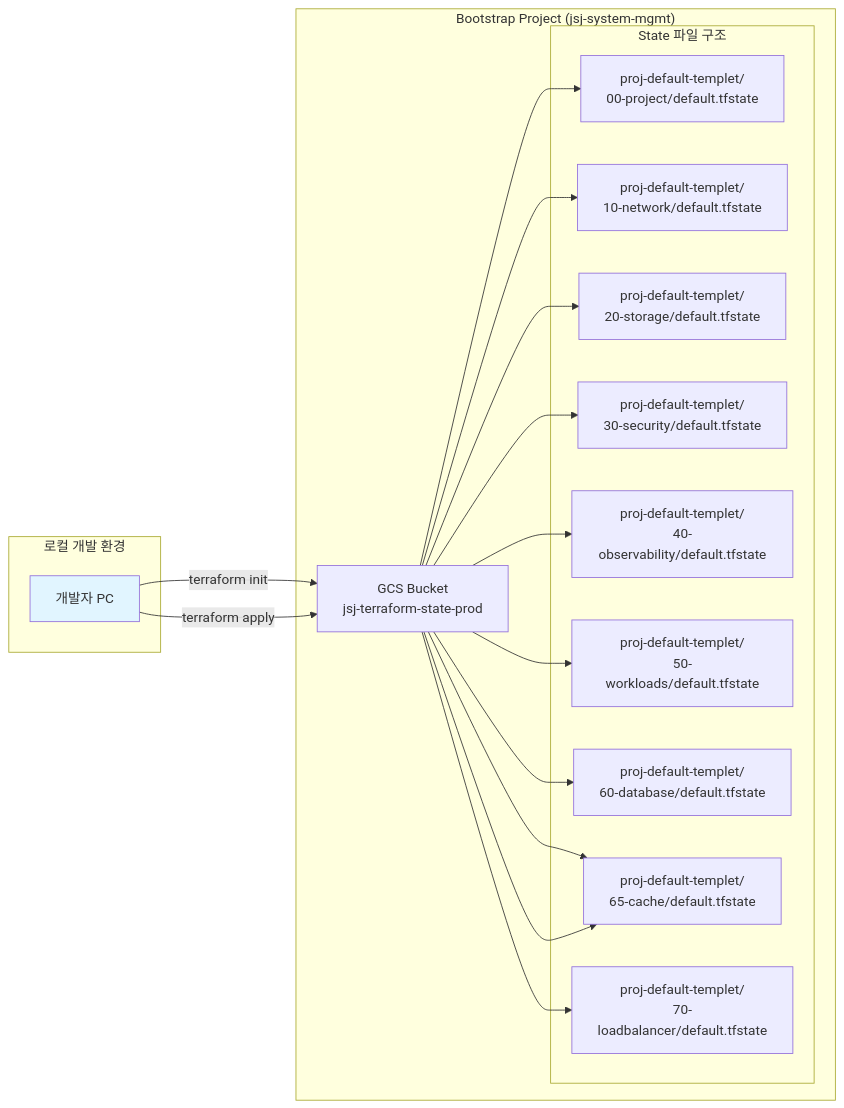
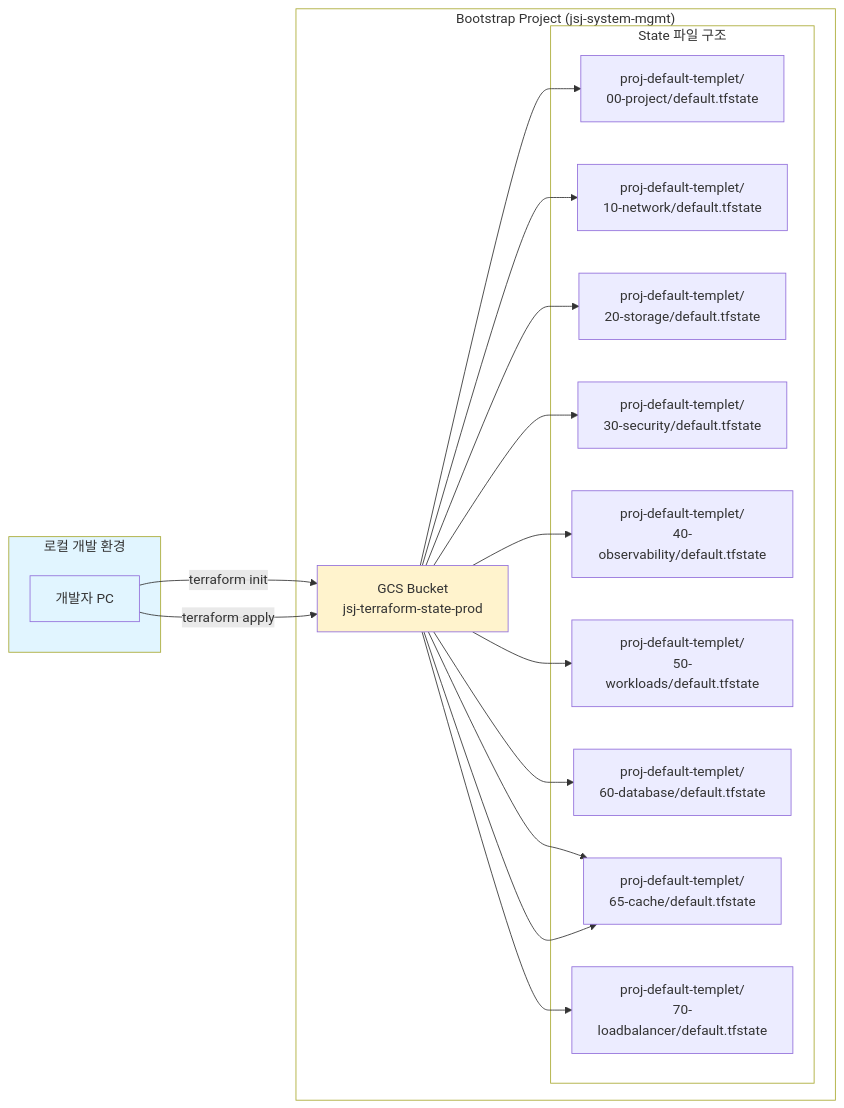
The second of 9 diagrams in terraform_gcp_infra/docs/architecture/diagrams.md (JSJ2337/GCP_terraform_code), drawn with Mermaid before and after one commit. The commit also changed other lines of this file and 4 other files, not shown here.

First line of the commit message:
fix: Mermaid style 라인 분리로 텍스트 겹침 문제 해결

````diff
--- a/terraform_gcp_infra/docs/architecture/diagrams.md
+++ b/terraform_gcp_infra/docs/architecture/diagrams.md
@@ -98,39 +101,42 @@
 ```mermaid
 %%{init: {'theme': 'default'}}%%
 graph LR
     subgraph LocalEnv["로컬 개발 환경"]
         DEV[개발자 PC]
     end
 
     subgraph BootstrapProj["Bootstrap Project (jsj-system-mgmt)"]
         BUCKET[GCS Bucket<br/>jsj-terraform-state-prod]
 
         subgraph StateFiles["State 파일 구조"]
             S1[proj-default-templet/<br/>00-project/default.tfstate]
             S2[proj-default-templet/<br/>10-network/default.tfstate]
             S3[proj-default-templet/<br/>20-storage/default.tfstate]
             S4[proj-default-templet/<br/>30-security/default.tfstate]
             S5[proj-default-templet/<br/>40-observability/default.tfstate]
             S6[proj-default-templet/<br/>50-workloads/default.tfstate]
             S7[proj-default-templet/<br/>60-database/default.tfstate]
             S8[proj-default-templet/<br/>65-cache/default.tfstate]
             S9[proj-default-templet/<br/>70-loadbalancer/default.tfstate]
         end
     end
 
     DEV -->|terraform init| BUCKET
     DEV -->|terraform apply| BUCKET
     BUCKET --> S1
     BUCKET --> S2
     BUCKET --> S3
     BUCKET --> S4
     BUCKET --> S5
     BUCKET --> S6
     BUCKET --> S7
     BUCKET --> S8
     BUCKET --> S9
     BUCKET --> S8
 
-    style LocalEnv fill:#e1f5ff    style BootstrapProj fill:#ffffff    style StateFiles fill:#ffffff    style BUCKET fill:#fff3cd
+    style LocalEnv fill:#e1f5ff
+    style BootstrapProj fill:#ffffff
+    style StateFiles fill:#ffffff
+    style BUCKET fill:#fff3cd
     style DEV fill:#e1f5ff
 ```
````
